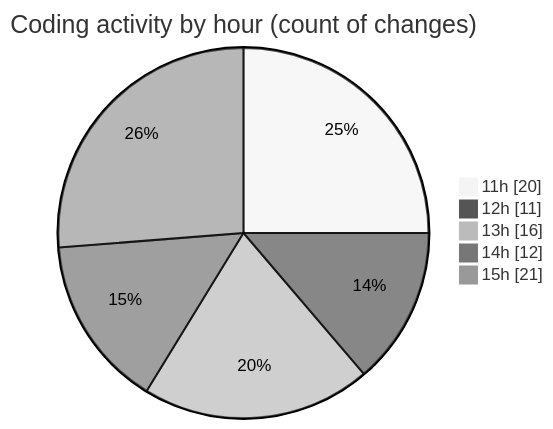
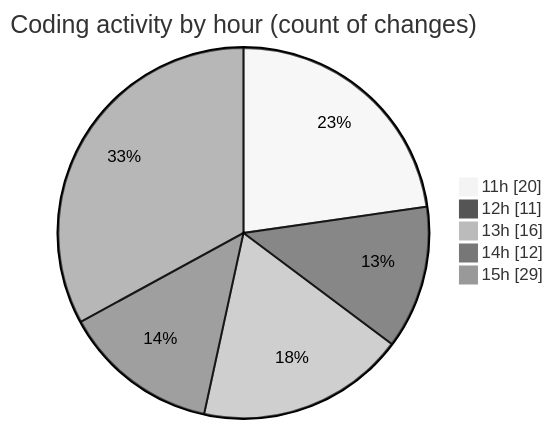
One commit to nxtqubesakshisongat/code-tracking changed the second of 2 diagrams in 2025-09-24/nxtqube_webapp/README.md. Above: the diagram before and after it, drawn with Mermaid (neutral theme). The commit also changed other lines of this file and 1 other file, not shown here.

````diff
--- a/2025-09-24/nxtqube_webapp/README.md
+++ b/2025-09-24/nxtqube_webapp/README.md
@@ -32,9 +32,9 @@
 ```mermaid
 pie showData
 title Coding activity by hour (count of changes)
 "11h" : 20
 "12h" : 11
 "13h" : 16
 "14h" : 12
-"15h" : 21
+"15h" : 29
 ```
````
